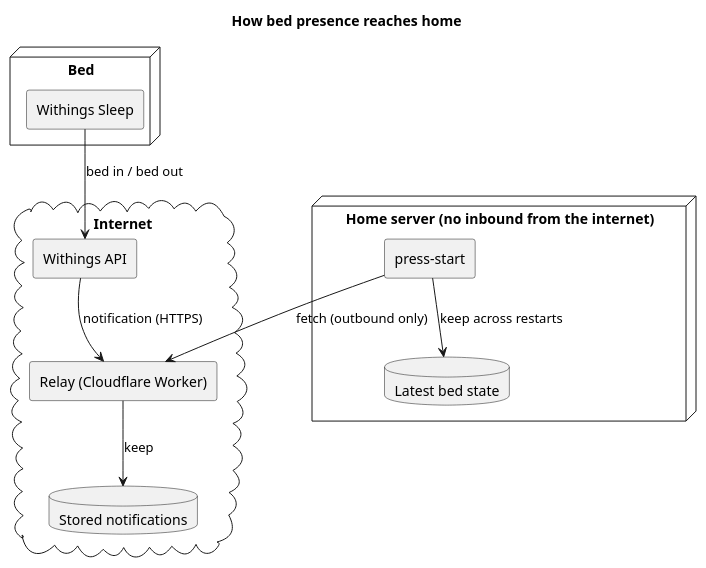
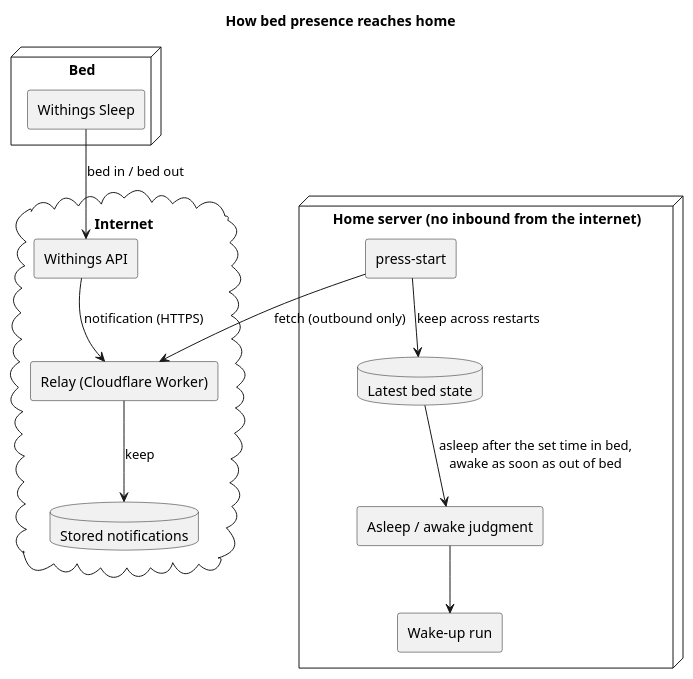
Before and after one commit to cloveclovedev/press-start: the diagram in docs/ja/requirements/bed/overview.puml, drawn with PlantUML. The commit also changed 9 other files, not shown here.

First line of the commit message:
docs(requirements): judge asleep and awake in the bed area and drive the snooze by them

```diff
--- a/docs/ja/requirements/bed/overview.puml
+++ b/docs/ja/requirements/bed/overview.puml
@@ -1,24 +1,28 @@
 @startuml overview
 title How bed presence reaches home
 skinparam shadowing false
 skinparam componentStyle rectangle
 
 node "Bed" {
   [Withings Sleep] as sensor
 }
 cloud "Internet" {
   [Withings API] as withings
   [Relay (Cloudflare Worker)] as relay
   database "Stored notifications" as store
 }
 node "Home server (no inbound from the internet)" {
   [press-start] as app
   database "Latest bed state" as state
+  [Asleep / awake judgment] as judge
+  [Wake-up run] as run
 }
 
 sensor --> withings : bed in / bed out
 withings --> relay : notification (HTTPS)
 relay --> store : keep
 app --> relay : fetch (outbound only)
 app --> state : keep across restarts
+state --> judge : asleep after the set time in bed,\nawake as soon as out of bed
+judge --> run
 @enduml
```
